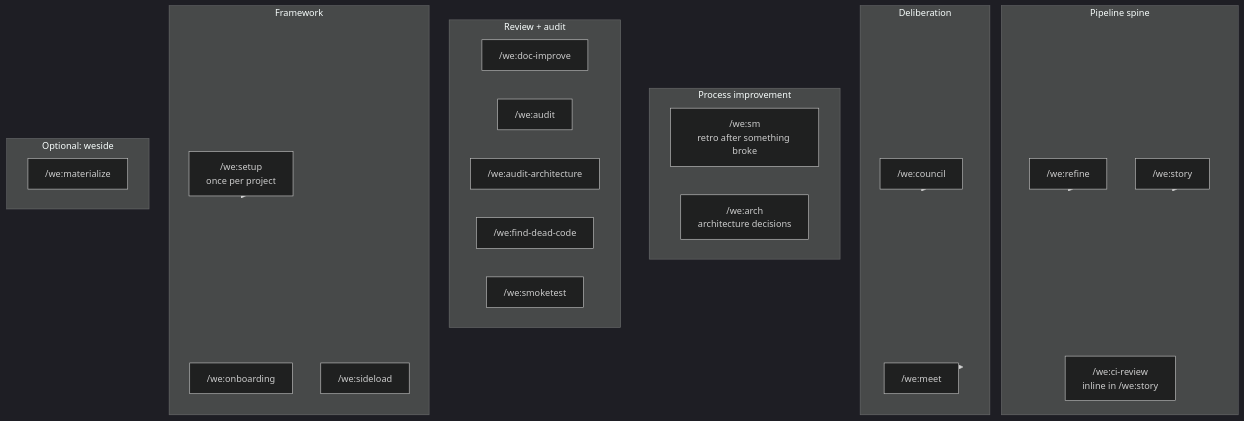
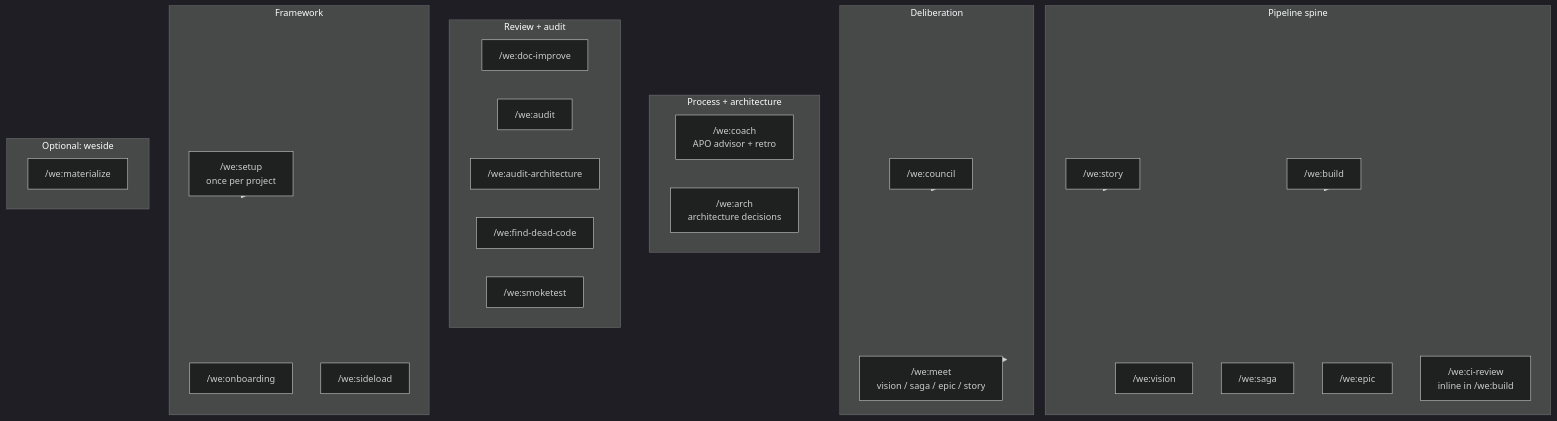
The third of 3 diagrams in docs/workflow.md (weside-ai/claude-code-plugin), drawn with Mermaid (dark theme) before and after one commit. The commit also changed other lines of this file and 29 other files, not shown here.

````diff
--- a/docs/workflow.md
+++ b/docs/workflow.md
@@ -132,37 +151,40 @@
 ```mermaid
 flowchart TB
     subgraph spine[Pipeline spine]
-        refine["/we:refine"]
+        vision["/we:vision"]
+        saga["/we:saga"]
+        epic["/we:epic"]
         story["/we:story"]
-        cireview["/we:ci-review<br/>inline in /we:story"]
+        build["/we:build"]
+        cireview["/we:ci-review<br/>inline in /we:build"]
     end
     subgraph deliberation[Deliberation]
         council["/we:council"]
-        meet["/we:meet"]
+        meet["/we:meet<br/>vision / saga / epic / story"]
     end
-    subgraph process[Process improvement]
-        sm["/we:sm<br/>retro after something broke"]
+    subgraph process[Process + architecture]
+        coach["/we:coach<br/>APO advisor + retro"]
         arch["/we:arch<br/>architecture decisions"]
     end
     subgraph review[Review + audit]
         docimprove["/we:doc-improve"]
         audit["/we:audit"]
         auditarch["/we:audit-architecture"]
         find["/we:find-dead-code"]
         smoke["/we:smoketest"]
     end
     subgraph framework[Framework]
         setup["/we:setup<br/>once per project"]
         onboard["/we:onboarding"]
         sideload["/we:sideload"]
     end
     subgraph weside[Optional: weside]
         materialize["/we:materialize"]
     end
 
     setup --> framework
     council --> deliberation
     meet --> deliberation
-    refine --> spine
     story --> spine
+    build --> spine
 ```
````
